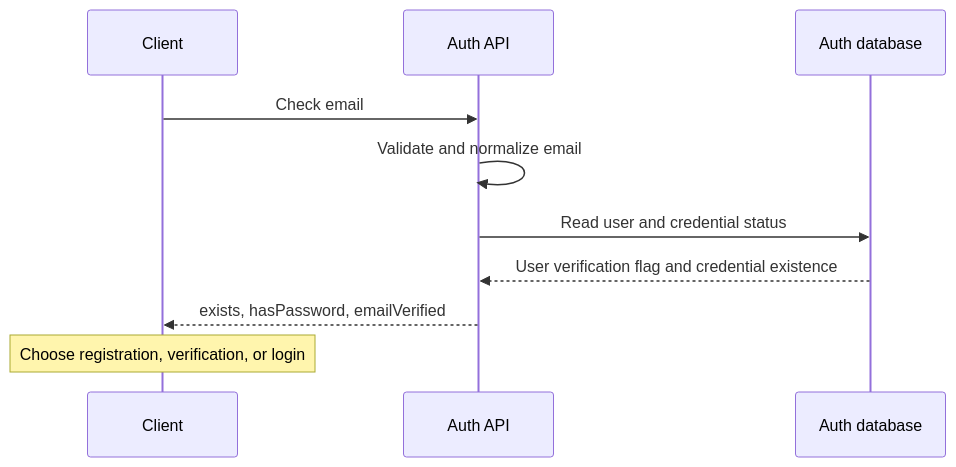
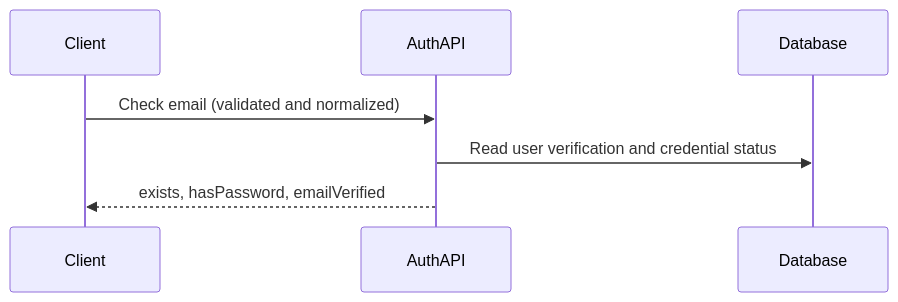
Before and after one commit to moeru-ai/airi: the second of 2 diagrams in server/docs/ai/adr/2026-10-10-email-verification-discovery.md, drawn with Mermaid. The commit also changed other lines of this file, not shown here.

Commit message:
docs(auth): shorten email discovery decision record

````diff
--- a/server/docs/ai/adr/2026-10-10-email-verification-discovery.md
+++ b/server/docs/ai/adr/2026-10-10-email-verification-discovery.md
@@ -36,12 +25,6 @@
 ```mermaid
 sequenceDiagram
-  participant C as Client
-  participant A as Auth API
-  participant D as Auth database
-  C->>A: Check email
-  A->>A: Validate and normalize email
-  A->>D: Read user and credential status
-  D-->>A: User verification flag and credential existence
-  A-->>C: exists, hasPassword, emailVerified
-  Note over C: Choose registration, verification, or login
+  Client->>AuthAPI: Check email (validated and normalized)
+  AuthAPI->>Database: Read user verification and credential status
+  AuthAPI-->>Client: exists, hasPassword, emailVerified
 ```
````
